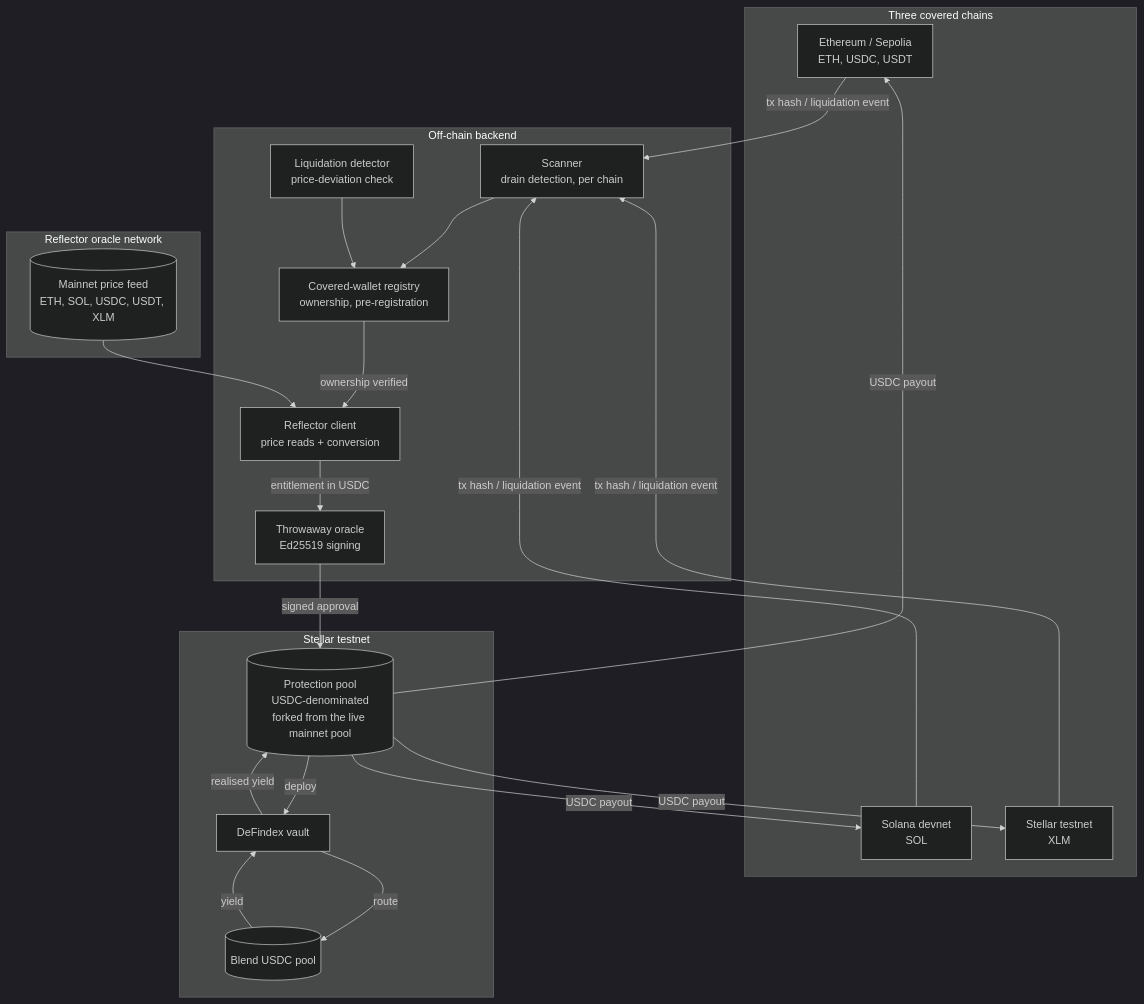
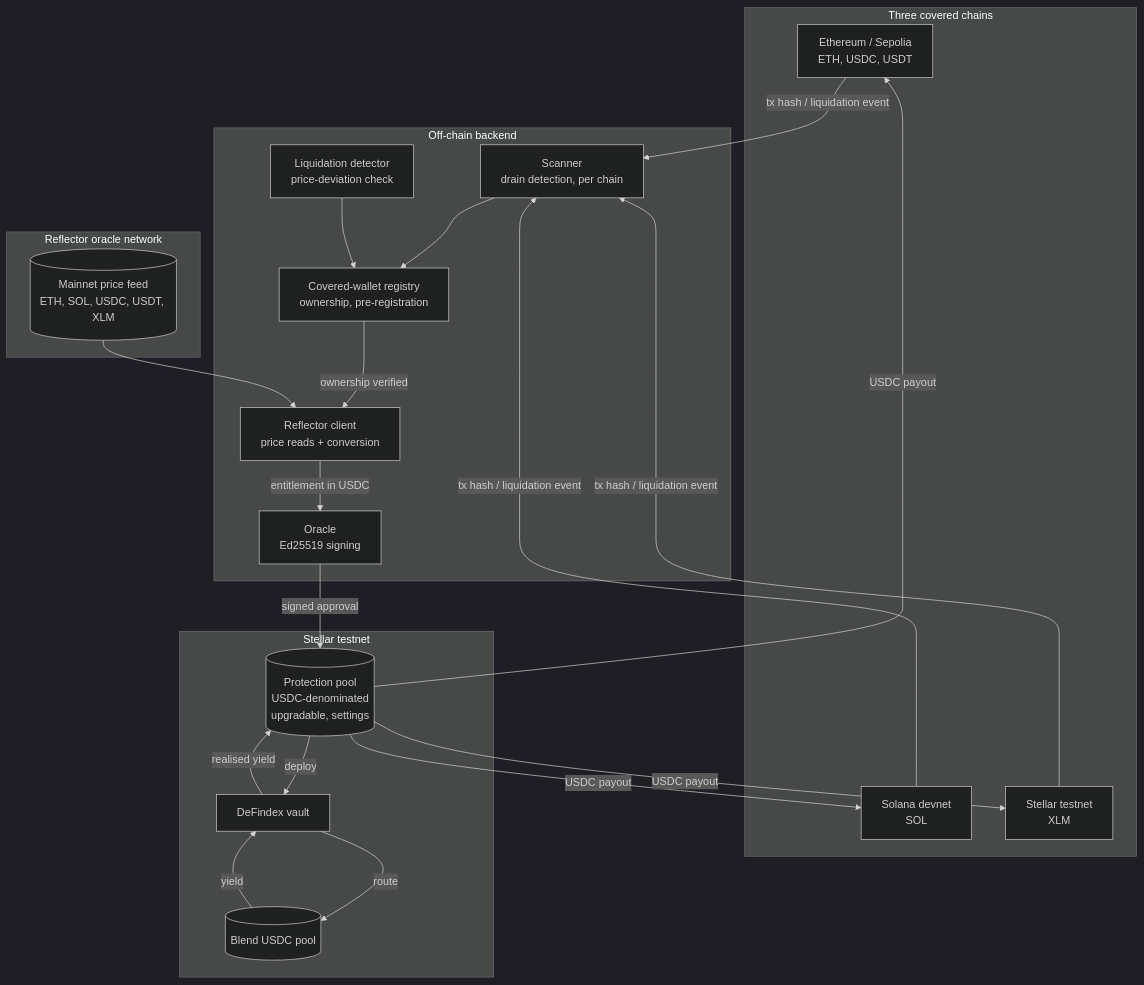
One commit to mrkanchwala/safu_multichain changed the first of 3 diagrams in docs/ARCHITECTURE.md. Above: the diagram before and after it, drawn with Mermaid (dark theme). The commit also changed other lines of this file and 5 other files, not shown here.

Commit message:
docs: describe the new pool (settings, upgrades, claim line, backing drip, overflow, points, upkeep, rounding reserve); testing counts, mutation and Scout sections; disclosures 4 and 6-9

````diff
--- a/docs/ARCHITECTURE.md
+++ b/docs/ARCHITECTURE.md
@@ -5,45 +5,45 @@
 ```mermaid
 flowchart TB
     subgraph chains[Three covered chains]
         ETH[Ethereum / Sepolia<br/>ETH, USDC, USDT]
         SOL[Solana devnet<br/>SOL]
         XLM_C[Stellar testnet<br/>XLM]
     end
 
     subgraph offchain[Off-chain backend]
         SCANNER[Scanner<br/>drain detection, per chain]
         LIQ[Liquidation detector<br/>price-deviation check]
         REG[Covered-wallet registry<br/>ownership, pre-registration]
         REFLECTOR_CLIENT[Reflector client<br/>price reads + conversion]
-        ORACLE[Throwaway oracle<br/>Ed25519 signing]
+        ORACLE[Oracle<br/>Ed25519 signing]
     end
 
     subgraph reflector[Reflector oracle network]
         RFL[(Mainnet price feed<br/>ETH, SOL, USDC, USDT, XLM)]
     end
 
     subgraph stellar[Stellar testnet]
-        POOL[(Protection pool<br/>USDC-denominated<br/>forked from the live mainnet pool)]
+        POOL[(Protection pool<br/>USDC-denominated<br/>upgradable, settings)]
         DEFINDEX[DeFindex vault]
         BLEND[(Blend USDC pool)]
     end
 
     ETH -->|tx hash / liquidation event| SCANNER
     SOL -->|tx hash / liquidation event| SCANNER
     XLM_C -->|tx hash / liquidation event| SCANNER
 
     SCANNER --> REG
     LIQ --> REG
     REG -->|ownership verified| REFLECTOR_CLIENT
     RFL --> REFLECTOR_CLIENT
     REFLECTOR_CLIENT -->|entitlement in USDC| ORACLE
     ORACLE -->|signed approval| POOL
 
     POOL -->|deploy| DEFINDEX
     DEFINDEX -->|route| BLEND
     BLEND -->|yield| DEFINDEX
     DEFINDEX -->|realised yield| POOL
     POOL -->|USDC payout| ETH
     POOL -->|USDC payout| SOL
     POOL -->|USDC payout| XLM_C
 ```
````
